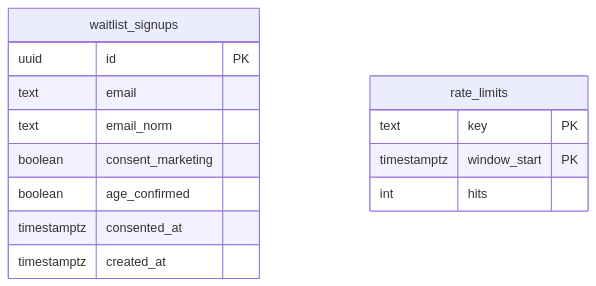
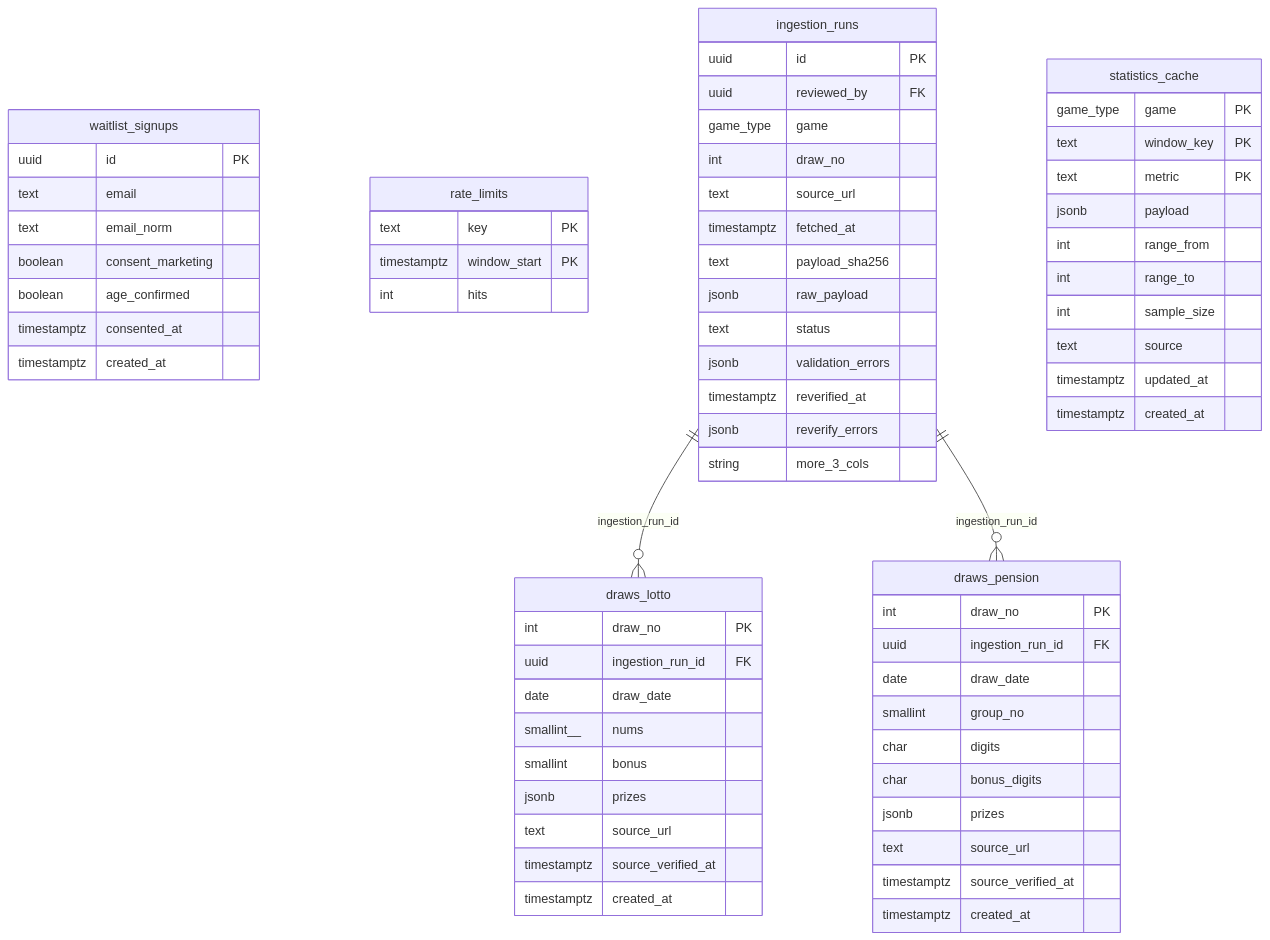
The diagram in docs/diagrams/erd.mmd (DevOps0906/LOTTO-LAB), drawn with Mermaid before and after one commit. The commit also changed 8 other files, not shown here.

First line of the commit message:
[task-007] 공개·수집 스키마(draws_lotto·draws_pension·ingestion_runs·statistics_cache)와 RLS·권한

```diff
--- a/docs/diagrams/erd.mmd
+++ b/docs/diagrams/erd.mmd
@@ -1,15 +1,67 @@
 erDiagram
   waitlist_signups {
     uuid id PK
     text email
     text email_norm
     boolean consent_marketing
     boolean age_confirmed
     timestamptz consented_at
     timestamptz created_at
   }
   rate_limits {
     text key PK
     timestamptz window_start PK
     int hits
   }
+  ingestion_runs {
+    uuid id PK
+    uuid reviewed_by FK
+    game_type game
+    int draw_no
+    text source_url
+    timestamptz fetched_at
+    text payload_sha256
+    jsonb raw_payload
+    text status
+    jsonb validation_errors
+    timestamptz reverified_at
+    jsonb reverify_errors
+    string more_3_cols
+  }
+  draws_lotto {
+    int draw_no PK
+    uuid ingestion_run_id FK
+    date draw_date
+    smallint__ nums
+    smallint bonus
+    jsonb prizes
+    text source_url
+    timestamptz source_verified_at
+    timestamptz created_at
+  }
+  draws_pension {
+    int draw_no PK
+    uuid ingestion_run_id FK
+    date draw_date
+    smallint group_no
+    char digits
+    char bonus_digits
+    jsonb prizes
+    text source_url
+    timestamptz source_verified_at
+    timestamptz created_at
+  }
+  statistics_cache {
+    game_type game PK
+    text window_key PK
+    text metric PK
+    jsonb payload
+    int range_from
+    int range_to
+    int sample_size
+    text source
+    timestamptz updated_at
+    timestamptz created_at
+  }
+  ingestion_runs ||--o{ draws_lotto : "ingestion_run_id"
+  ingestion_runs ||--o{ draws_pension : "ingestion_run_id"
```
